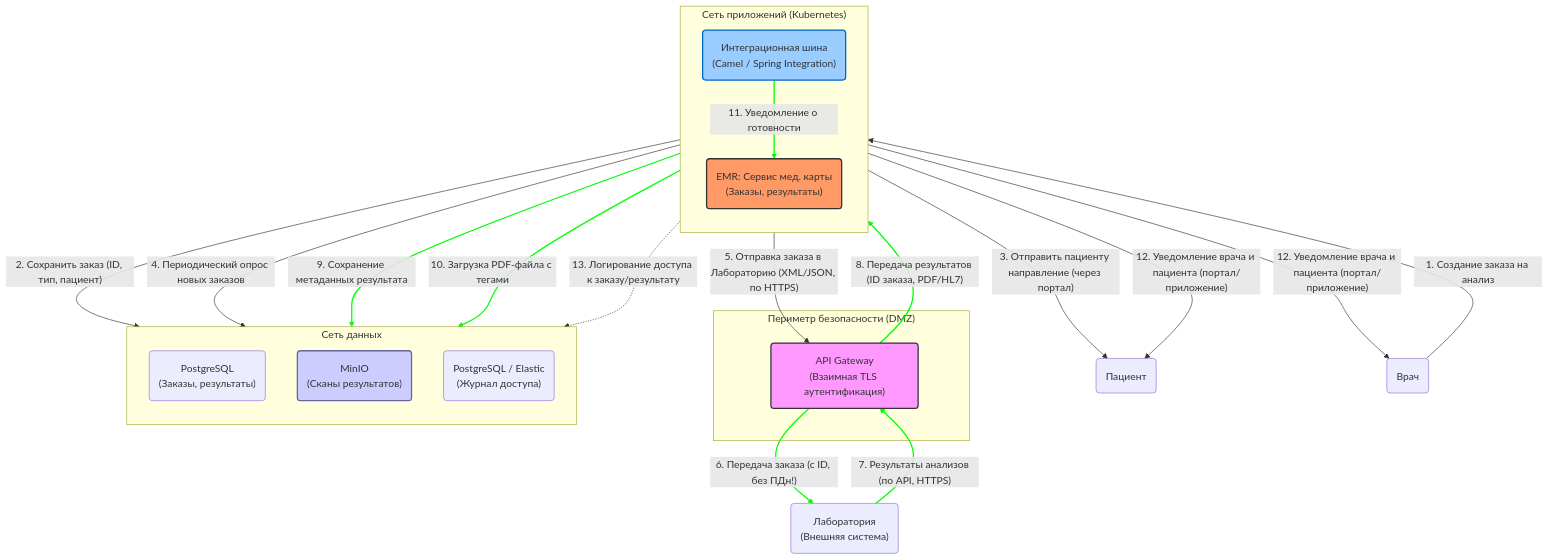
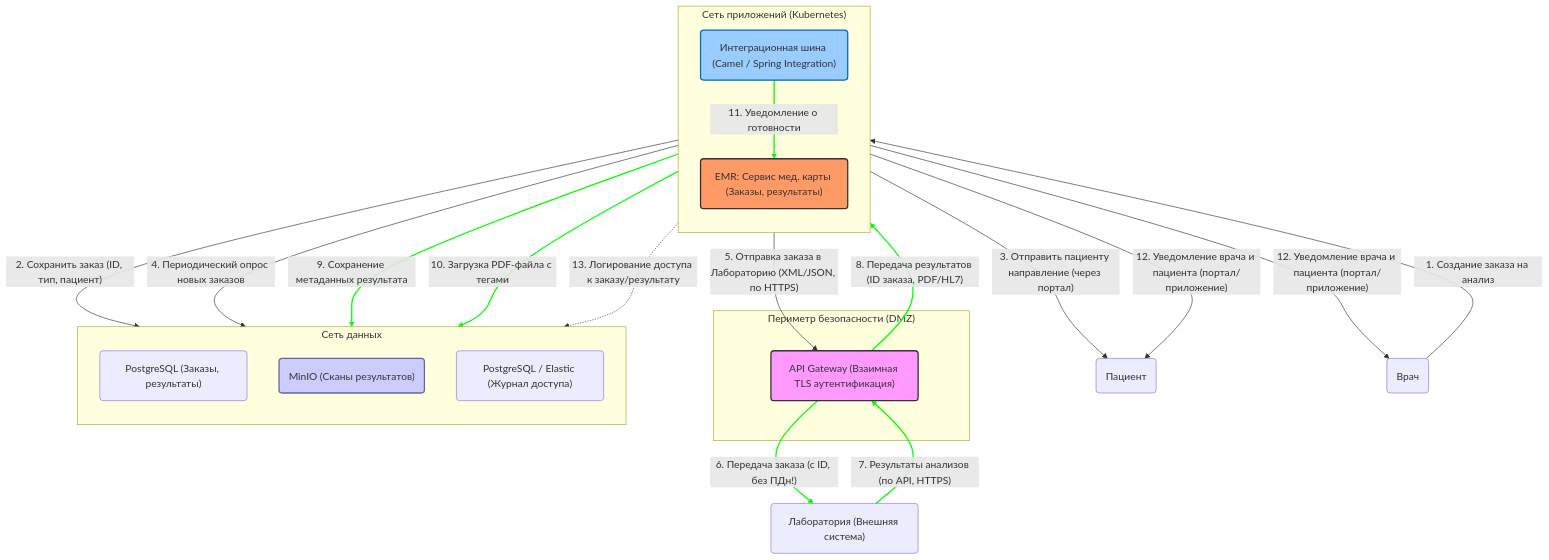
One commit to mgalimullin/architecture-medikamente changed the ninth of 9 diagrams in Task1/README.md. Above: the diagram before and after it, drawn with Mermaid. The commit also changed other lines of this file, not shown here.

````diff
--- a/Task1/README.md
+++ b/Task1/README.md
@@ -361,49 +361,49 @@
 ```mermaid
 graph TD
     Patient("Пациент")
     Doctor("Врач")
-    Lab("Лаборатория\n(Внешняя система)")
+    Lab("Лаборатория (Внешняя система)")
 
     subgraph "Периметр безопасности (DMZ)"
-        API_GW_LAB("API Gateway\n(Взаимная TLS аутентификация)")
+        API_GW_LAB("API Gateway (Взаимная TLS аутентификация)")
     end
 
     subgraph "Сеть приложений (Kubernetes)"
         direction TB
-        EMRService("EMR: Сервис мед. карты\n(Заказы, результаты)")
-        IntegrationEngine("Интеграционная шина\n(Camel / Spring Integration)")
+        EMRService("EMR: Сервис мед. карты (Заказы, результаты)")
+        IntegrationEngine("Интеграционная шина (Camel / Spring Integration)")
     end
 
     subgraph "Сеть данных"
         direction TB
-        DB_EMR("PostgreSQL\n(Заказы, результаты)")
-        FileStorage("MinIO\n(Сканы результатов)")
-        AuditDB("PostgreSQL / Elastic\n(Журнал доступа)")
+        DB_EMR("PostgreSQL (Заказы, результаты)")
+        FileStorage("MinIO (Сканы результатов)")
+        AuditDB("PostgreSQL / Elastic (Журнал доступа)")
     end
 
     Doctor -->|"1. Создание заказа на анализ"| EMRService
 
     EMRService -->|"2. Сохранить заказ (ID, тип, пациент)"| DB_EMR
     EMRService -->|"3. Отправить пациенту направление (через портал)"| Patient
 
     IntegrationEngine -->|"4. Периодический опрос новых заказов"| DB_EMR
     IntegrationEngine -->|"5. Отправка заказа в Лабораторию (XML/JSON, по HTTPS)"| API_GW_LAB
     API_GW_LAB -->|"6. Передача заказа (с ID, без ПДн!)"| Lab
 
     Lab -->|"7. Результаты анализов (по API, HTTPS)"| API_GW_LAB
     API_GW_LAB -->|"8. Передача результатов (ID заказа, PDF/HL7)"| IntegrationEngine
 
     IntegrationEngine -->|"9. Сохранение метаданных результата"| DB_EMR
     IntegrationEngine -->|"10. Загрузка PDF-файла с тегами"| FileStorage
     IntegrationEngine -->|"11. Уведомление о готовности"| EMRService
     EMRService -->|"12. Уведомление врача и пациента (портал/приложение)"| Doctor
     EMRService -->|"12. Уведомление врача и пациента (портал/приложение)"| Patient
 
     EMRService -.->|"13. Логирование доступа к заказу/результату"| AuditDB
 
     style EMRService fill:#f96,stroke:#333,stroke-width:2px
     style IntegrationEngine fill:#9cf,stroke:#06c,stroke-width:2px
     style API_GW_LAB fill:#f9f,stroke:#333,stroke-width:2px
     style FileStorage fill:#ccf,stroke:#669,stroke-width:2px
     linkStyle 5,6,7,8,9,10 stroke:#0f0,stroke-width:2px;
 ```
````
